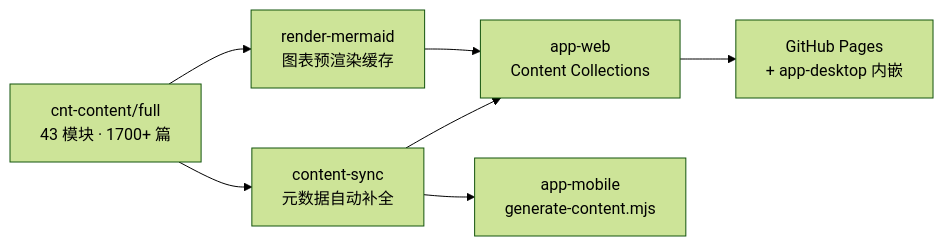
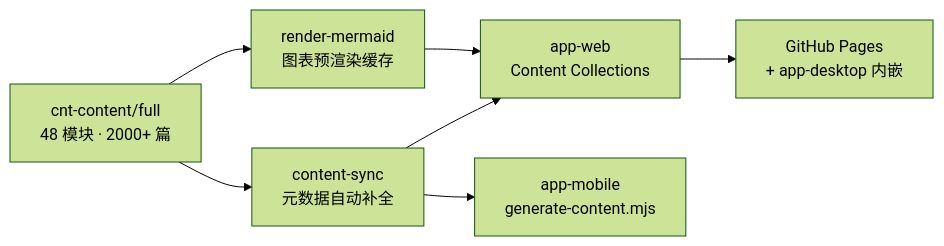
One commit to fanquanpp/FANDEX changed the diagram in README.md. Above: the diagram before and after it, drawn with Mermaid (forest theme). The commit also changed other lines of this file and 751 other files, not shown here.

````diff
--- a/README.md
+++ b/README.md
@@ -64,8 +107,8 @@
 ```mermaid
 flowchart LR
-    A["cnt-content/full<br/>43 模块 · 1700+ 篇"] --> B["content-sync<br/>元数据自动补全"]
+    A["cnt-content/full<br/>48 模块 · 2000+ 篇"] --> B["content-sync<br/>元数据自动补全"]
     B --> C["app-web<br/>Content Collections"]
     B --> D["app-mobile<br/>generate-content.mjs"]
     C --> E["GitHub Pages<br/>+ app-desktop 内嵌"]
     A --> F["render-mermaid<br/>图表预渲染缓存"] --> C
 ```
````
